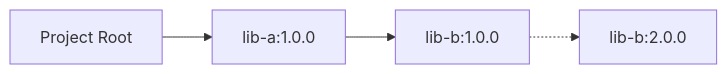
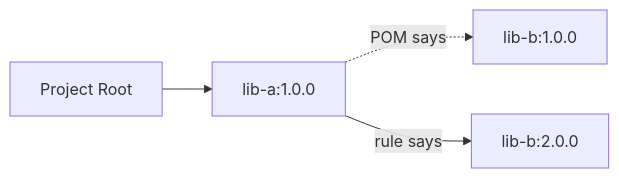
The diagram in demos/gradle-demo/scenario-12-metadata/guide.qmd (JavaDependencyHell/fieldguide), drawn with Mermaid before and after one commit. The commit also changed other lines of this file and 208 other files, not shown here.

````diff
--- a/demos/gradle-demo/scenario-12-metadata/guide.qmd
+++ b/demos/gradle-demo/scenario-12-metadata/guide.qmd
@@ -19,7 +20,7 @@
 ```{mermaid}
 %%| fig-width: 4.4
 graph LR
     Root[Project Root] --> LibA[lib-a:1.0.0]
-    LibA --> LibB[lib-b:1.0.0]
-    LibB -.-> LibB_Fixed[lib-b:2.0.0]
+    LibA -.->|POM says| LibB1[lib-b:1.0.0]
+    LibA -->|rule says| LibB2[lib-b:2.0.0]
 ```
````
